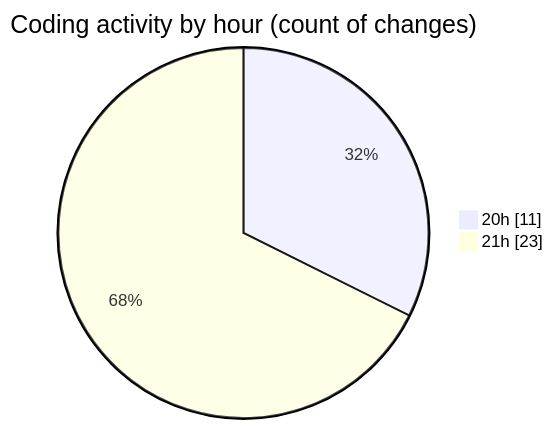
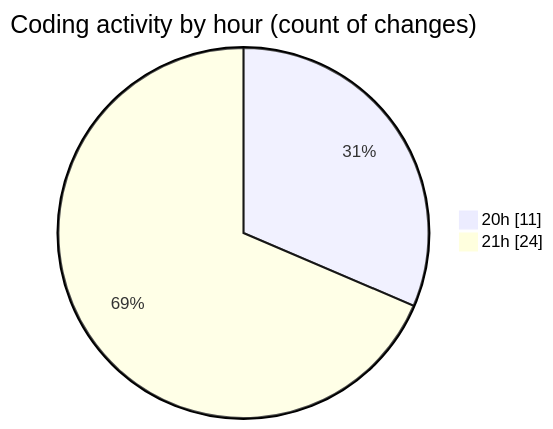
The second of 2 diagrams in 2025-04-10/myws__workspace_/README.md (MatusMokan/code-tracking), drawn with Mermaid before and after one commit. The commit also changed other lines of this file and 1 other file, not shown here.

````diff
--- a/2025-04-10/myws__workspace_/README.md
+++ b/2025-04-10/myws__workspace_/README.md
@@ -30,6 +30,6 @@
 ```mermaid
 pie showData
 title Coding activity by hour (count of changes)
 "20h" : 11
-"21h" : 23
+"21h" : 24
 ```
````
